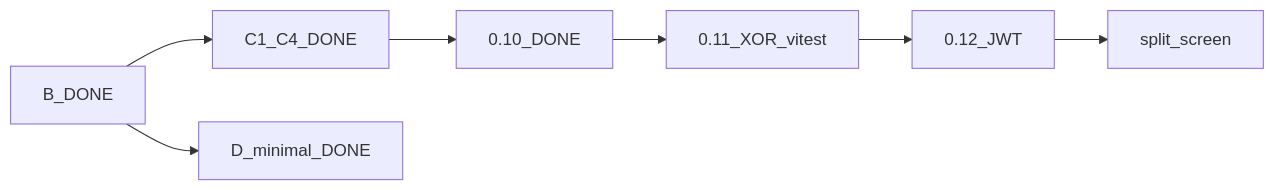
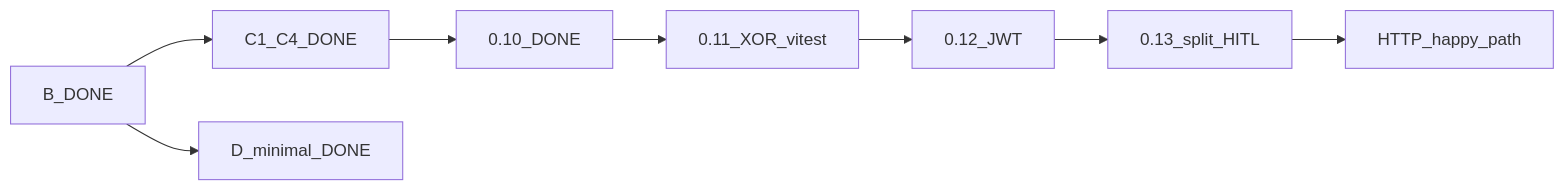
One commit to Spawn2018/OmniRoute changed the diagram in docs/PLAN-REALIZACJA.md. Above: the diagram before and after it, drawn with Mermaid. The commit also changed other lines of this file and 16 other files, not shown here.

First line of the commit message:
feat(M-20): plaster 0.13 HITL split-screen review [plaster 0.13]

````diff
--- a/docs/PLAN-REALIZACJA.md
+++ b/docs/PLAN-REALIZACJA.md
@@ -8,9 +8,10 @@
 ```mermaid
 flowchart LR
   doneB[B_DONE] --> doneC[C1_C4_DONE]
   doneC --> doneC5[0.10_DONE]
   doneC5 --> doneXor[0.11_XOR_vitest]
   doneXor --> doneJwt[0.12_JWT]
-  doneJwt --> next[split_screen]
+  doneJwt --> doneSplit[0.13_split_HITL]
+  doneSplit --> next[HTTP_happy_path]
   doneB --> doneD[D_minimal_DONE]
 ```
````
